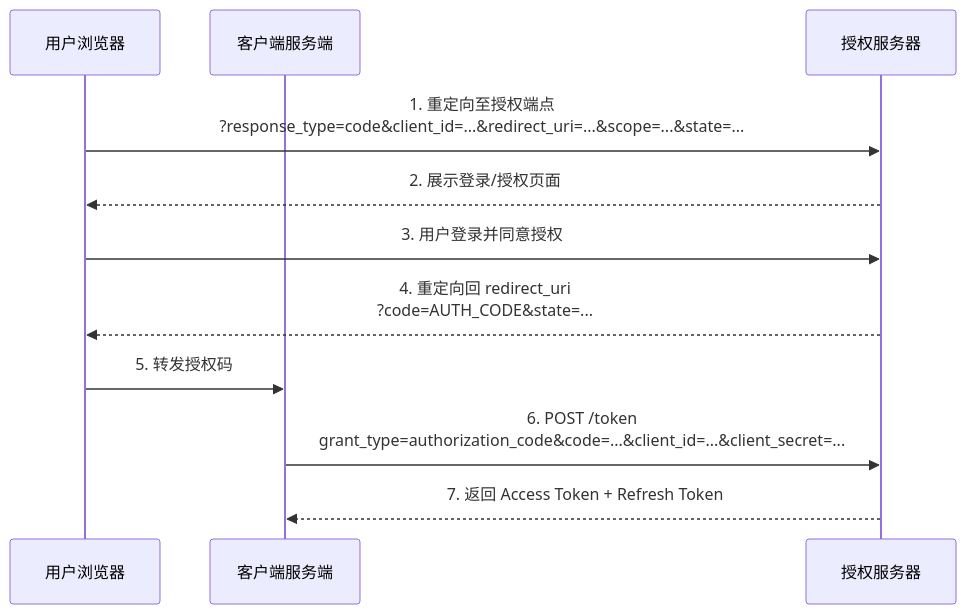
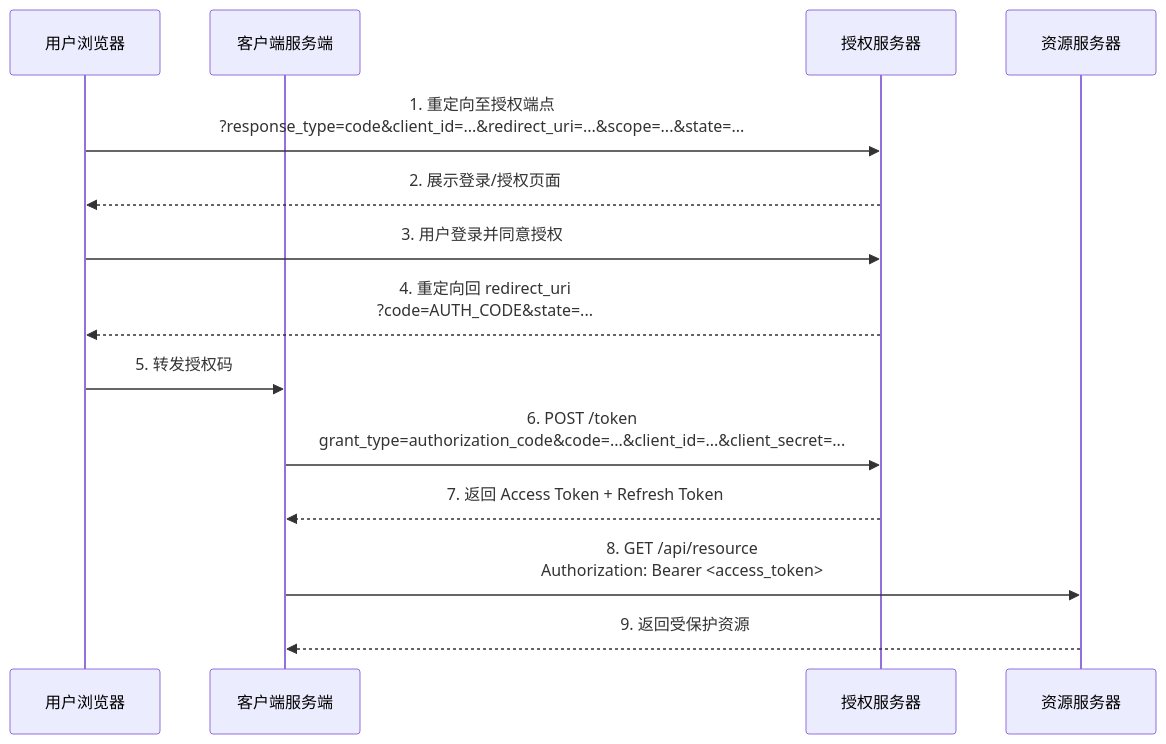
The first of 6 diagrams in docs/topic/oauth/grant-types/index.md (luguosong/programming-notes), drawn with Mermaid before and after one commit. The commit also changed other lines of this file, not shown here.

First line of the commit message:
docs(oauth): 为所有授权类型时序图补充资源服务器参与者

````diff
--- a/docs/topic/oauth/grant-types/index.md
+++ b/docs/topic/oauth/grant-types/index.md
@@ -9,14 +9,17 @@
 ``` mermaid
 sequenceDiagram
     participant 用户浏览器
     participant 客户端服务端
     participant 授权服务器
+    participant 资源服务器
 
     用户浏览器->>授权服务器: 1. 重定向至授权端点<br/>?response_type=code&client_id=...&redirect_uri=...&scope=...&state=...
     授权服务器-->>用户浏览器: 2. 展示登录/授权页面
     用户浏览器->>授权服务器: 3. 用户登录并同意授权
     授权服务器-->>用户浏览器: 4. 重定向回 redirect_uri<br/>?code=AUTH_CODE&state=...
     用户浏览器->>客户端服务端: 5. 转发授权码
     客户端服务端->>授权服务器: 6. POST /token<br/>grant_type=authorization_code&code=...&client_id=...&client_secret=...
     授权服务器-->>客户端服务端: 7. 返回 Access Token + Refresh Token
+    客户端服务端->>资源服务器: 8. GET /api/resource<br/>Authorization: Bearer <access_token>
+    资源服务器-->>客户端服务端: 9. 返回受保护资源
 ```
````
